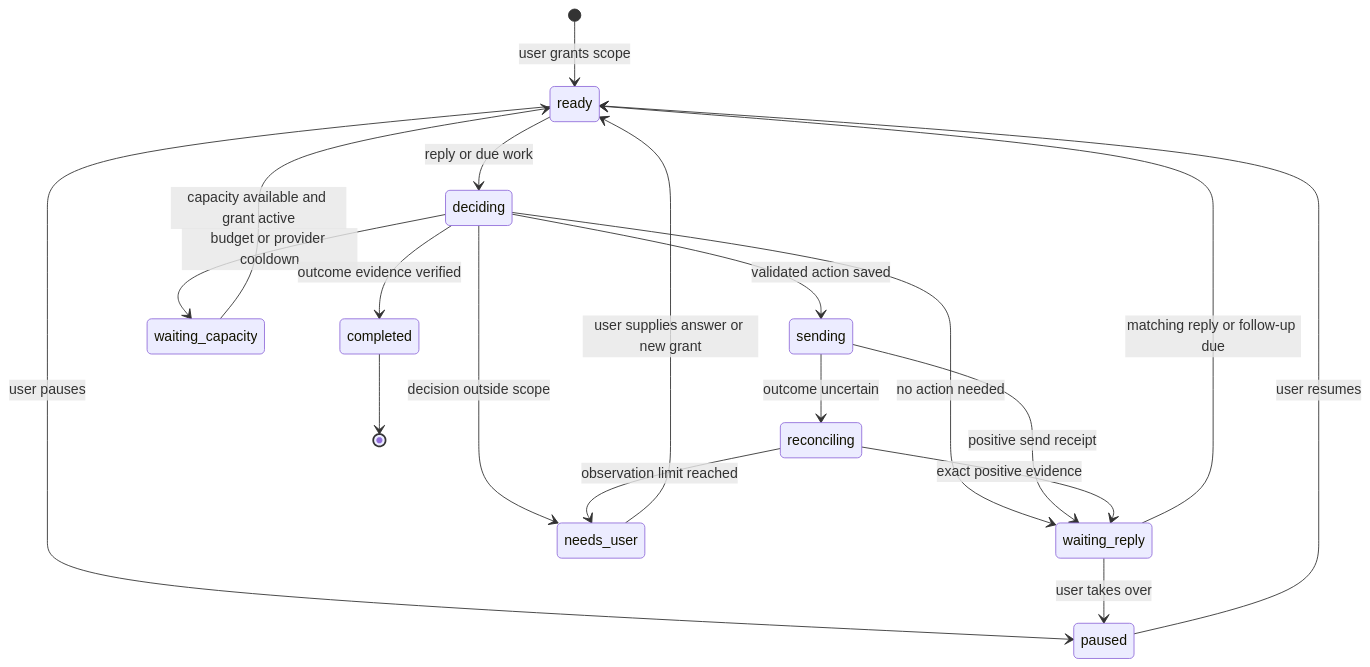
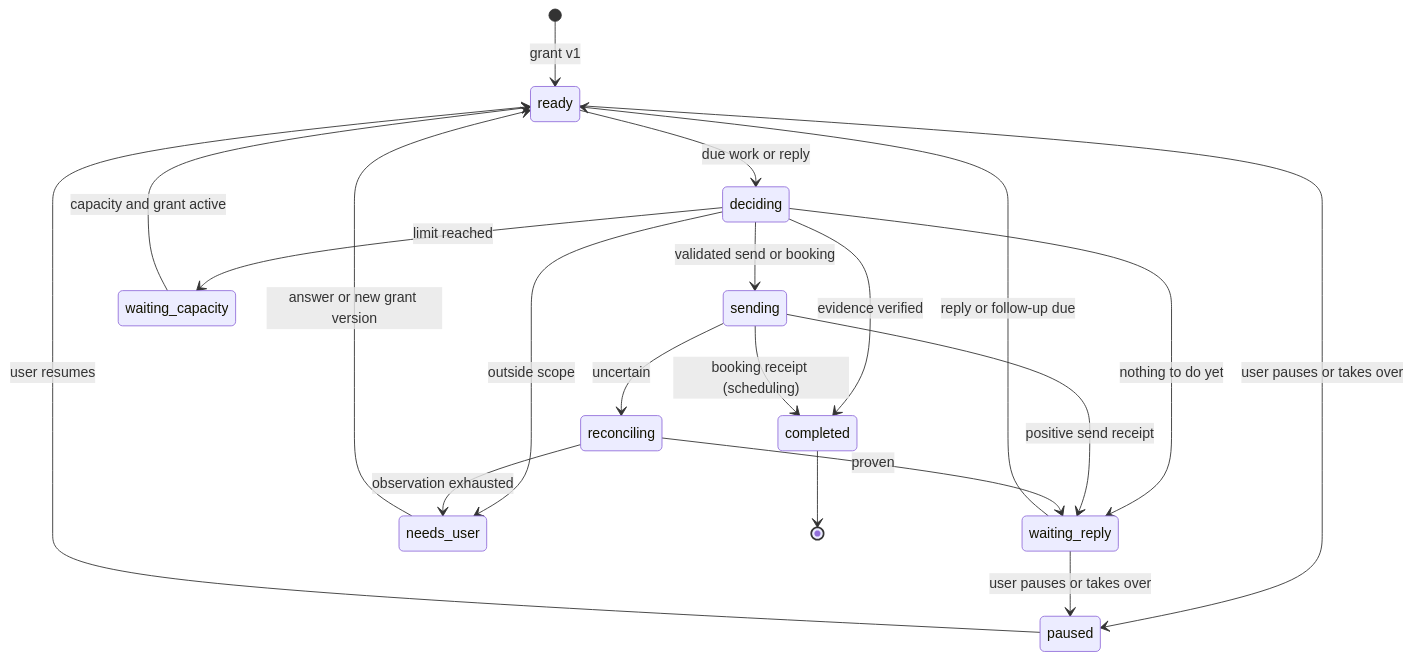
One commit to argonavis-labs/maraithon changed the second of 2 diagrams in docs/delegated-conversation-execution-plan.md. Above: the diagram before and after it, drawn with Mermaid. The commit also changed other lines of this file, not shown here.

````diff
--- a/docs/delegated-conversation-execution-plan.md
+++ b/docs/delegated-conversation-execution-plan.md
@@ -140,21 +235,22 @@
 ```mermaid
 stateDiagram-v2
-    [*] --> ready: user grants scope
-    ready --> deciding: reply or due work
-    deciding --> sending: validated action saved
-    deciding --> waiting_reply: no action needed
-    deciding --> needs_user: decision outside scope
-    deciding --> waiting_capacity: budget or provider cooldown
-    waiting_capacity --> ready: capacity available and grant active
-    deciding --> completed: outcome evidence verified
+    [*] --> ready: grant v1
+    ready --> deciding: due work or reply
+    deciding --> sending: validated send or booking
+    deciding --> waiting_reply: nothing to do yet
+    deciding --> needs_user: outside scope
+    deciding --> waiting_capacity: limit reached
+    deciding --> completed: evidence verified
     sending --> waiting_reply: positive send receipt
-    sending --> reconciling: outcome uncertain
-    reconciling --> waiting_reply: exact positive evidence
-    reconciling --> needs_user: observation limit reached
-    waiting_reply --> ready: matching reply or follow-up due
-    needs_user --> ready: user supplies answer or new grant
-    ready --> paused: user pauses
-    waiting_reply --> paused: user takes over
+    sending --> completed: booking receipt (scheduling)
+    sending --> reconciling: uncertain
+    reconciling --> waiting_reply: proven
+    reconciling --> needs_user: observation exhausted
+    waiting_reply --> ready: reply or follow-up due
+    waiting_capacity --> ready: capacity and grant active
+    needs_user --> ready: answer or new grant version
+    ready --> paused: user pauses or takes over
+    waiting_reply --> paused: user pauses or takes over
     paused --> ready: user resumes
     completed --> [*]
 ```
````
